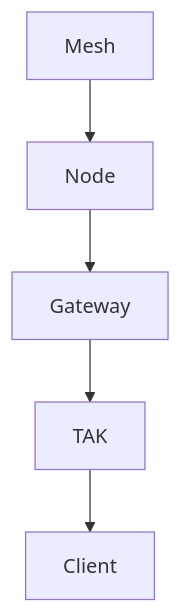
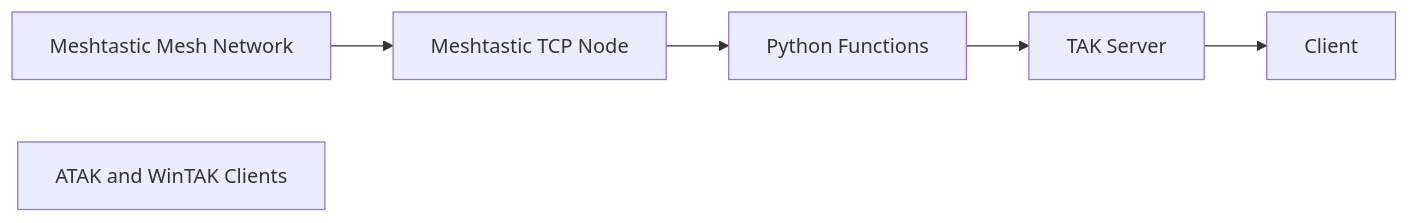
One commit to maui671/meshtak changed the diagram in README.md. Above: the diagram before and after it, drawn with Mermaid.

Commit message:
back to flowchart

````diff
--- a/README.md
+++ b/README.md
@@ -29,7 +29,13 @@
 ```mermaid
-graph TD;
+flowchart LR;
+    Mesh[Meshtastic Mesh Network]
+    Node[Meshtastic TCP Node]
+    Gateway[Python Functions]
+    TAK[TAK Server]
+    Clients[ATAK and WinTAK Clients]
+
     Mesh --> Node
     Node --> Gateway
     Gateway --> TAK
     TAK --> Client
 ```
````
